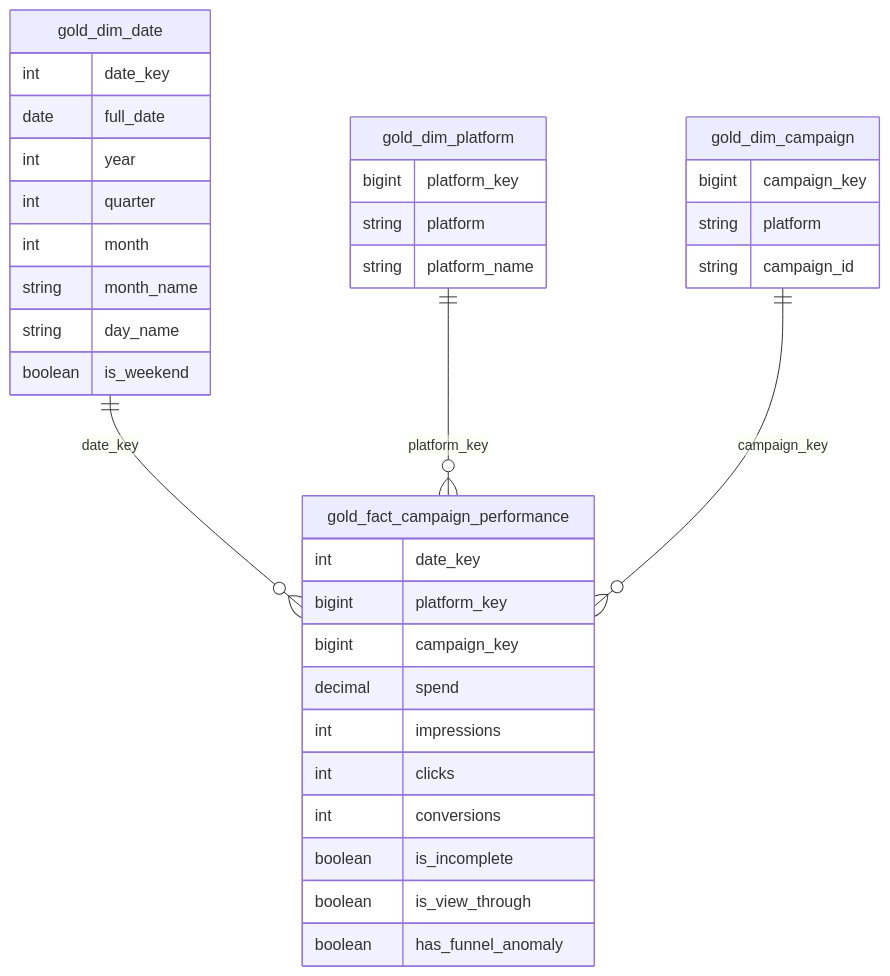
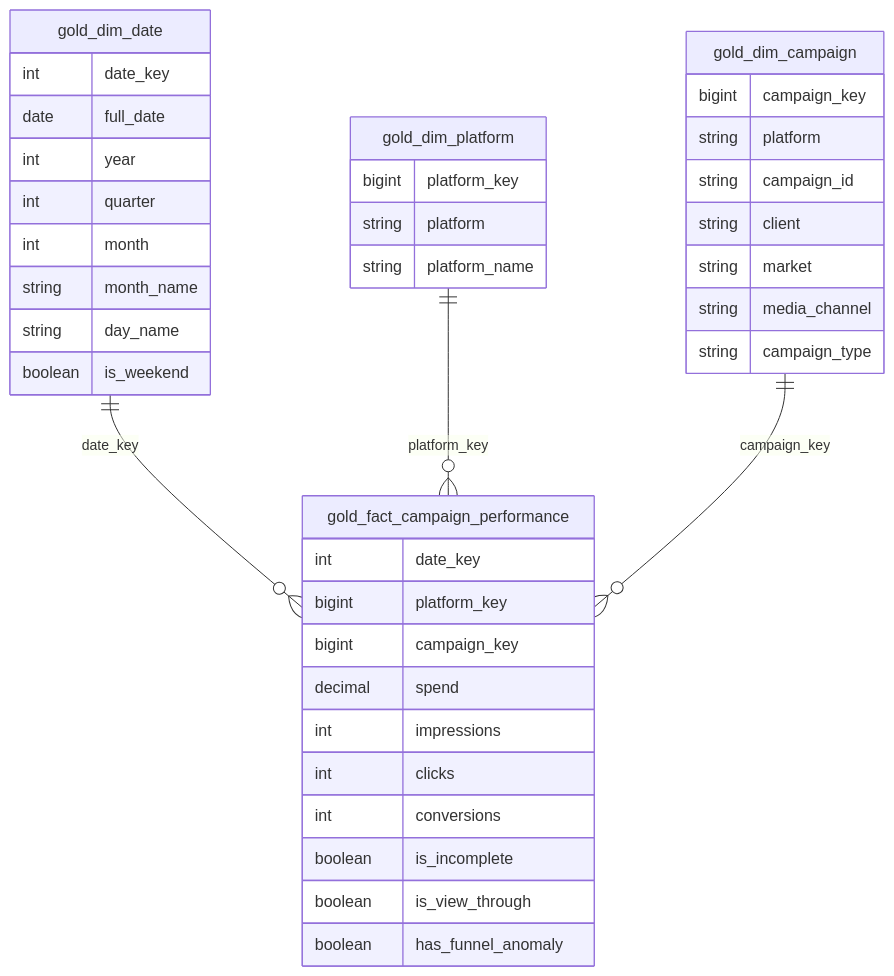
The second of 2 diagrams in README.md (BalamuruganS-Data/media-campaign-pipeline), drawn with Mermaid before and after one commit. The commit also changed other lines of this file and 3 other files, not shown here.

````diff
--- a/README.md
+++ b/README.md
@@ -131,39 +150,43 @@
 ```mermaid
 erDiagram
     gold_dim_date ||--o{ gold_fact_campaign_performance : date_key
     gold_dim_platform ||--o{ gold_fact_campaign_performance : platform_key
     gold_dim_campaign ||--o{ gold_fact_campaign_performance : campaign_key
 
     gold_fact_campaign_performance {
         int date_key
         bigint platform_key
         bigint campaign_key
         decimal spend
         int impressions
         int clicks
         int conversions
         boolean is_incomplete
         boolean is_view_through
         boolean has_funnel_anomaly
     }
     gold_dim_date {
         int date_key
         date full_date
         int year
         int quarter
         int month
         string month_name
         string day_name
         boolean is_weekend
     }
     gold_dim_platform {
         bigint platform_key
         string platform
         string platform_name
     }
     gold_dim_campaign {
         bigint campaign_key
         string platform
         string campaign_id
+        string client
+        string market
+        string media_channel
+        string campaign_type
     }
 ```
````
